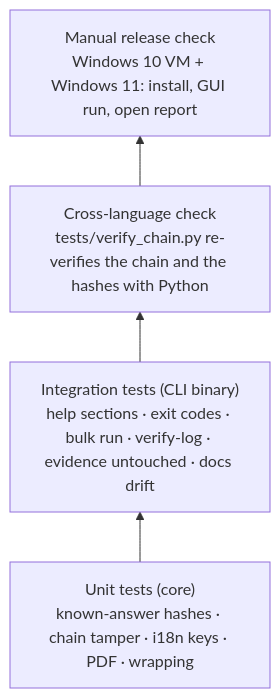
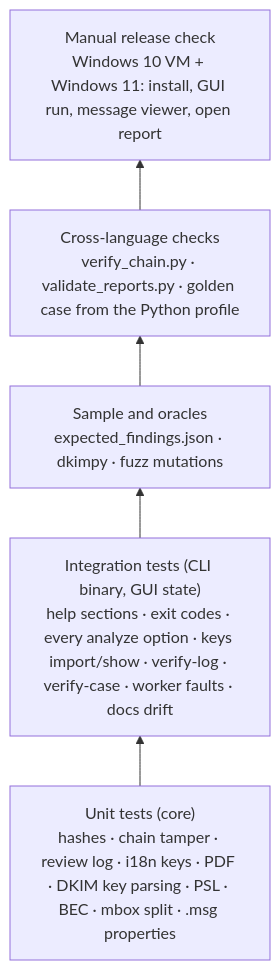
The second of 4 diagrams in docs/development.md (Panacota96/rv-mailauth), drawn with Mermaid before and after one commit. The commit also changed other lines of this file and 101 other files, not shown here.

First line of the commit message:
feat: RV MailAuth v0.1 — email authenticity signals (core, CLI, GUI, docs) (#3)

````diff
--- a/docs/development.md
+++ b/docs/development.md
@@ -19,7 +94,8 @@
 ```mermaid
 flowchart BT
-    U["Unit tests (core)<br/>known-answer hashes · chain tamper · i18n keys · PDF · wrapping"] --> I
-    I["Integration tests (CLI binary)<br/>help sections · exit codes · bulk run · verify-log · evidence untouched · docs drift"] --> X
-    X["Cross-language check<br/>tests/verify_chain.py re-verifies the chain and the hashes with Python"] --> M
-    M["Manual release check<br/>Windows 10 VM + Windows 11: install, GUI run, open report"]
+    U["Unit tests (core)<br/>hashes · chain tamper · review log · i18n keys · PDF · DKIM key parsing · PSL · BEC · mbox split · .msg properties"] --> I
+    I["Integration tests (CLI binary, GUI state)<br/>help sections · exit codes · every analyze option · keys import/show · verify-log · verify-case · worker faults · docs drift"] --> S
+    S["Sample and oracles<br/>expected_findings.json · dkimpy · fuzz mutations"] --> X
+    X["Cross-language checks<br/>verify_chain.py · validate_reports.py · golden case from the Python profile"] --> M
+    M["Manual release check<br/>Windows 10 VM + Windows 11: install, GUI run, message viewer, open report"]
 ```
````
